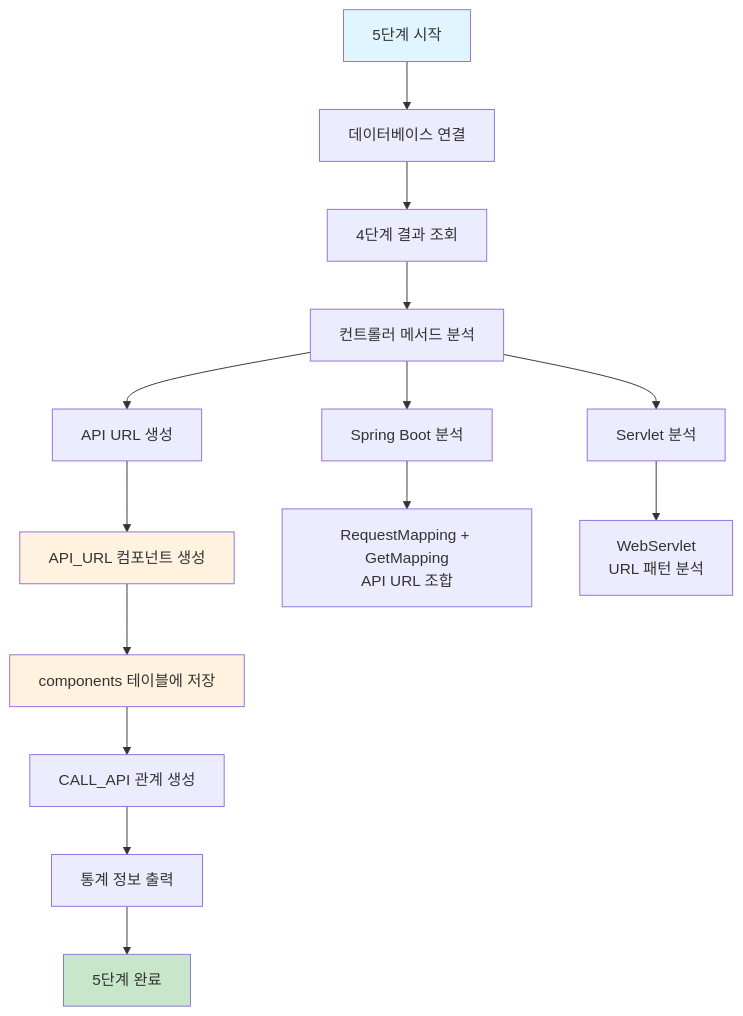
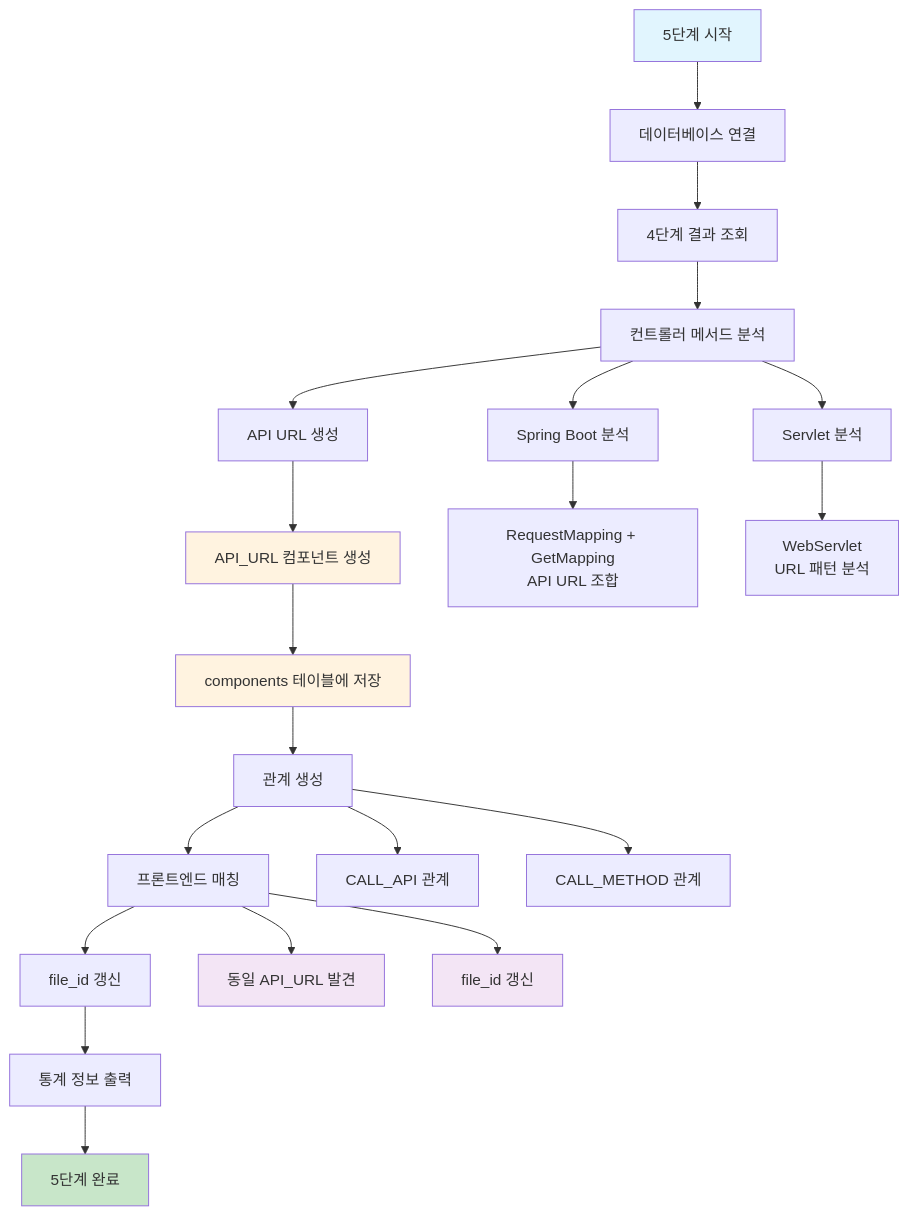
Before and after one commit to kumtaek/CreateMetaDb: the diagram in docs/08_5단계_API_매핑_구현서.md, drawn with Mermaid. The commit also changed other lines of this file and 30 other files, not shown here.

````diff
--- a/docs/08_5단계_API_매핑_구현서.md
+++ b/docs/08_5단계_API_매핑_구현서.md
@@ -17,23 +18,33 @@
 ```mermaid
 flowchart TD
     A[5단계 시작] --> B[데이터베이스 연결]
     B --> C[4단계 결과 조회]
     C --> D[컨트롤러 메서드 분석]
     D --> E[API URL 생성]
     E --> F[API_URL 컴포넌트 생성]
     F --> G[components 테이블에 저장]
-    G --> H[CALL_API 관계 생성]
-    H --> I[통계 정보 출력]
-    I --> J[5단계 완료]
+    G --> H[관계 생성]
+    H --> I[프론트엔드 매칭]
+    I --> J[file_id 갱신]
+    J --> K[통계 정보 출력]
+    K --> L[5단계 완료]
     
     D --> D1[Spring Boot 분석]
     D --> D2[Servlet 분석]
     
     D1 --> D1a["RequestMapping + GetMapping<br/>API URL 조합"]
     D2 --> D2a["WebServlet<br/>URL 패턴 분석"]
     
+    H --> H1[CALL_API 관계]
+    H --> H2[CALL_METHOD 관계]
+    
+    I --> I1[동일 API_URL 발견]
+    I --> I2[file_id 갱신]
+    
     style A fill:#e1f5fe
-    style J fill:#c8e6c9
+    style L fill:#c8e6c9
     style F fill:#fff3e0
     style G fill:#fff3e0
+    style I1 fill:#f3e5f5
+    style I2 fill:#f3e5f5
 ```
````
